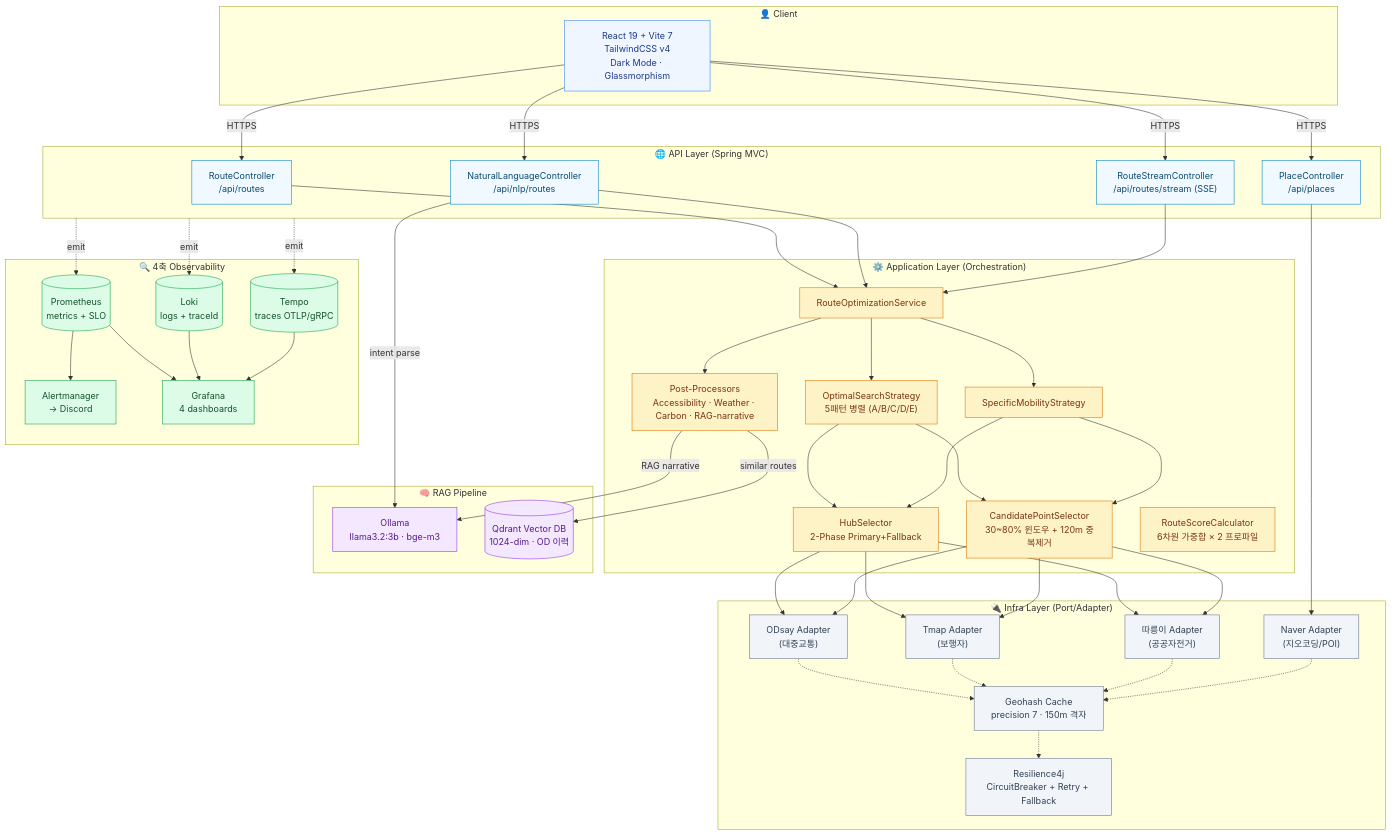
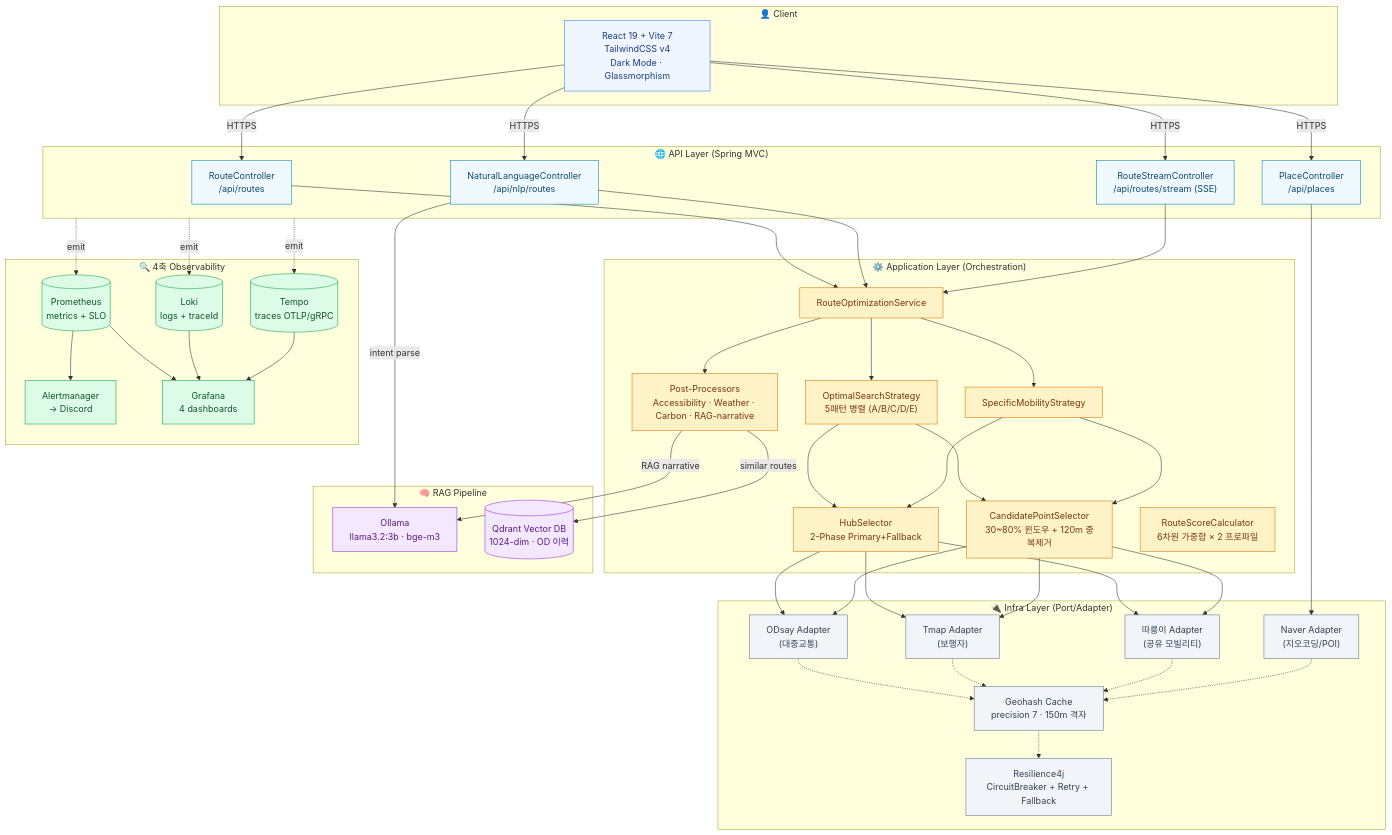
Before and after one commit to OldTemple91/black-mamba: the first of 2 diagrams in README.md, drawn with Mermaid. The commit also changed other lines of this file, not shown here.

First line of the commit message:
docs(readme): 7섹션 재구조화 — 한국어 통일 + 공유 모빌리티 표현

````diff
--- a/README.md
+++ b/README.md
@@ -37,77 +81,77 @@
 ```mermaid
 flowchart TB
     subgraph Client["👤 Client"]
         UI["React 19 + Vite 7<br/>TailwindCSS v4<br/>Dark Mode · Glassmorphism"]
     end
 
     subgraph API["🌐 API Layer (Spring MVC)"]
         RC["RouteController<br/>/api/routes"]
         NC["NaturalLanguageController<br/>/api/nlp/routes"]
         SC["RouteStreamController<br/>/api/routes/stream (SSE)"]
         PC["PlaceController<br/>/api/places"]
     end
 
     subgraph App["⚙️ Application Layer (Orchestration)"]
         ROS["RouteOptimizationService"]
         OS["OptimalSearchStrategy<br/>5패턴 병렬 (A/B/C/D/E)"]
         SS["SpecificMobilityStrategy"]
         HS["HubSelector<br/>2-Phase Primary+Fallback"]
         CPS["CandidatePointSelector<br/>30~80% 윈도우 + 120m 중복제거"]
         RSC["RouteScoreCalculator<br/>6차원 가중합 × 2 프로파일"]
         APP_POST["Post-Processors<br/>Accessibility · Weather · Carbon · RAG-narrative"]
     end
 
     subgraph Infra["🔌 Infra Layer (Port/Adapter)"]
         ODS["ODsay Adapter<br/>(대중교통)"]
         TMAP["Tmap Adapter<br/>(보행자)"]
-        DDR["따릉이 Adapter<br/>(공공자전거)"]
+        DDR["따릉이 Adapter<br/>(공유 모빌리티)"]
         NAV["Naver Adapter<br/>(지오코딩/POI)"]
         CACHE["Geohash Cache<br/>precision 7 · 150m 격자"]
         CB["Resilience4j<br/>CircuitBreaker + Retry + Fallback"]
     end
 
     subgraph AI["🧠 RAG Pipeline"]
         OLLAMA["Ollama<br/>llama3.2:3b · bge-m3"]
         QDRANT[("Qdrant Vector DB<br/>1024-dim · OD 이력")]
     end
 
     subgraph Obs["🔍 4축 Observability"]
         PROM[("Prometheus<br/>metrics + SLO")]
         LOKI[("Loki<br/>logs + traceId")]
         TEMPO[("Tempo<br/>traces OTLP/gRPC")]
         ALERT["Alertmanager<br/>→ Discord"]
         GRAF["Grafana<br/>4 dashboards"]
     end
 
     UI -->|HTTPS| RC & NC & SC & PC
     RC --> ROS
     NC -->|intent parse| OLLAMA
     NC --> ROS
     SC --> ROS
     PC --> NAV
 
     ROS --> OS & SS
     OS & SS --> HS & CPS
     HS & CPS --> ODS & TMAP & DDR
     ROS --> APP_POST
     APP_POST -->|RAG narrative| OLLAMA
     APP_POST -->|similar routes| QDRANT
     ODS & TMAP & DDR & NAV -.-> CACHE -.-> CB
 
     API -.emit.-> PROM & LOKI & TEMPO
     PROM --> ALERT
     PROM & LOKI & TEMPO --> GRAF
 
     classDef client fill:#eff6ff,stroke:#3b82f6,color:#1e3a8a
     classDef api fill:#f0f9ff,stroke:#0284c7,color:#0c4a6e
     classDef app fill:#fef3c7,stroke:#d97706,color:#78350f
     classDef infra fill:#f1f5f9,stroke:#64748b,color:#334155
     classDef ai fill:#f3e8ff,stroke:#9333ea,color:#581c87
     classDef obs fill:#dcfce7,stroke:#16a34a,color:#14532d
     class UI client
     class RC,NC,SC,PC api
     class ROS,OS,SS,HS,CPS,RSC,APP_POST app
     class ODS,TMAP,DDR,NAV,CACHE,CB infra
     class OLLAMA,QDRANT ai
     class PROM,LOKI,TEMPO,ALERT,GRAF obs
 ```
````
